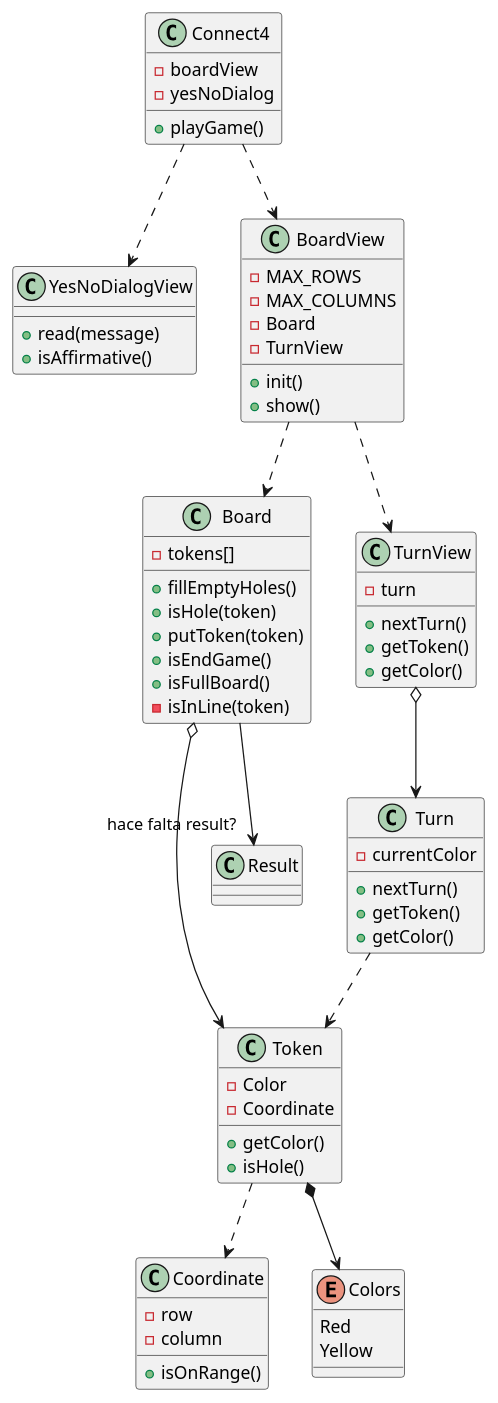
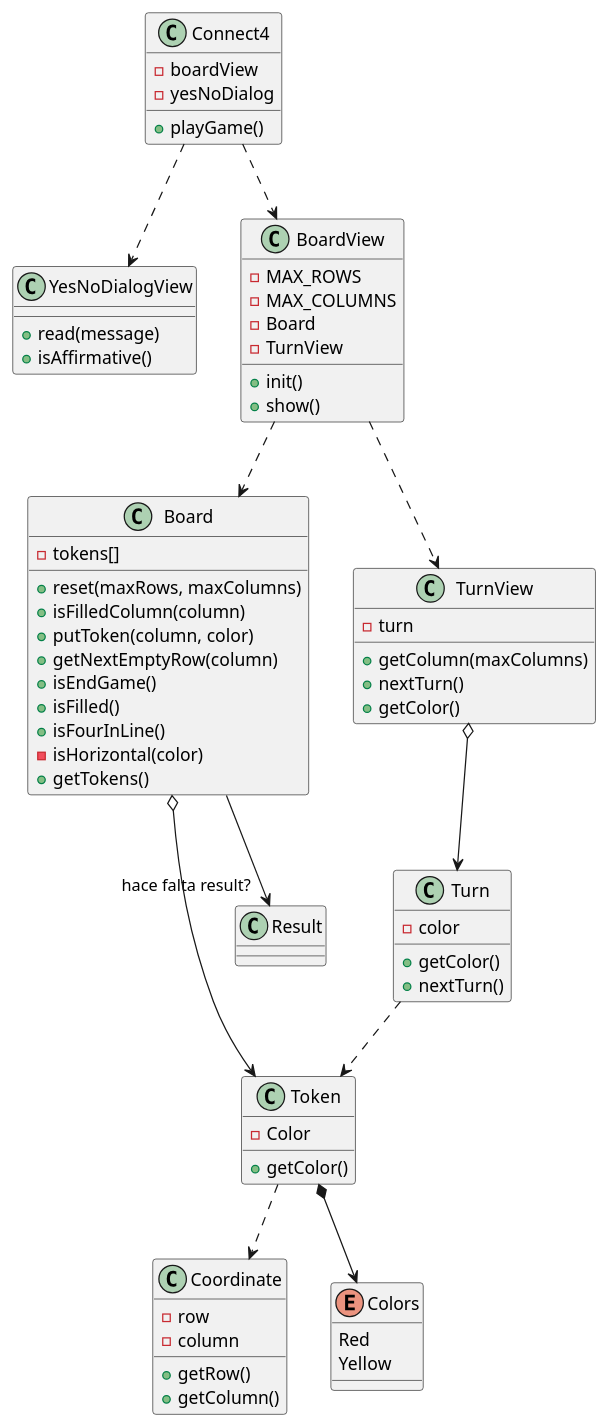
Before and after one commit to jumpering/connect4: the diagram in UML/softwareModel.puml, drawn with PlantUML. The commit also changed 5 other files, not shown here.

```diff
--- a/UML/softwareModel.puml
+++ b/UML/softwareModel.puml
@@ -1,77 +1,77 @@
 @startuml
 
 class Connect4{
     - boardView
     - yesNoDialog
     + playGame()
 }
 class YesNoDialogView{
     + read(message)
     + isAffirmative()
 }
 class Board{
     - tokens[]
-    + fillEmptyHoles()
-    + isHole(token)
-    + putToken(token)
+    + reset(maxRows, maxColumns)
+    + isFilledColumn(column)
+    + putToken(column, color)
+    + getNextEmptyRow(column)
     + isEndGame()
-    + isFullBoard()
-    - isInLine(token)
+    + isFilled()
+    + isFourInLine()
+    - isHorizontal(color)
+    + getTokens()
 }
 class BoardView{
     - MAX_ROWS
     - MAX_COLUMNS
     - Board
     - TurnView
     + init()
     + show()
 }
 class Coordinate{
     - row
     - column
-    + isOnRange()
+    + getRow()
+    + getColumn()
 }
 class Token{
     - Color
-    - Coordinate
     + getColor()
-    + isHole()
 }
 class TurnView{
     - turn
+    + getColumn(maxColumns)
     + nextTurn()
-    + getToken()
     + getColor()
 }
 
 class Turn{
-    - currentColor
+    - color
+    + getColor()
     + nextTurn()
-    + getToken()
-    + getColor()
-    
 }
 
 class Result
 
 enum Colors{
 Red
 Yellow
 }
 
 Connect4 ..> BoardView
 Connect4 ..> YesNoDialogView
 
 BoardView ..> Board
 BoardView ..> TurnView
 TurnView o--> Turn
 Board --> "hace falta result?" Result
 
 Board o--> Token
 
 Turn ..> Token
 
 
 Token *--> Colors
 Token ..> Coordinate
 @enduml
```
